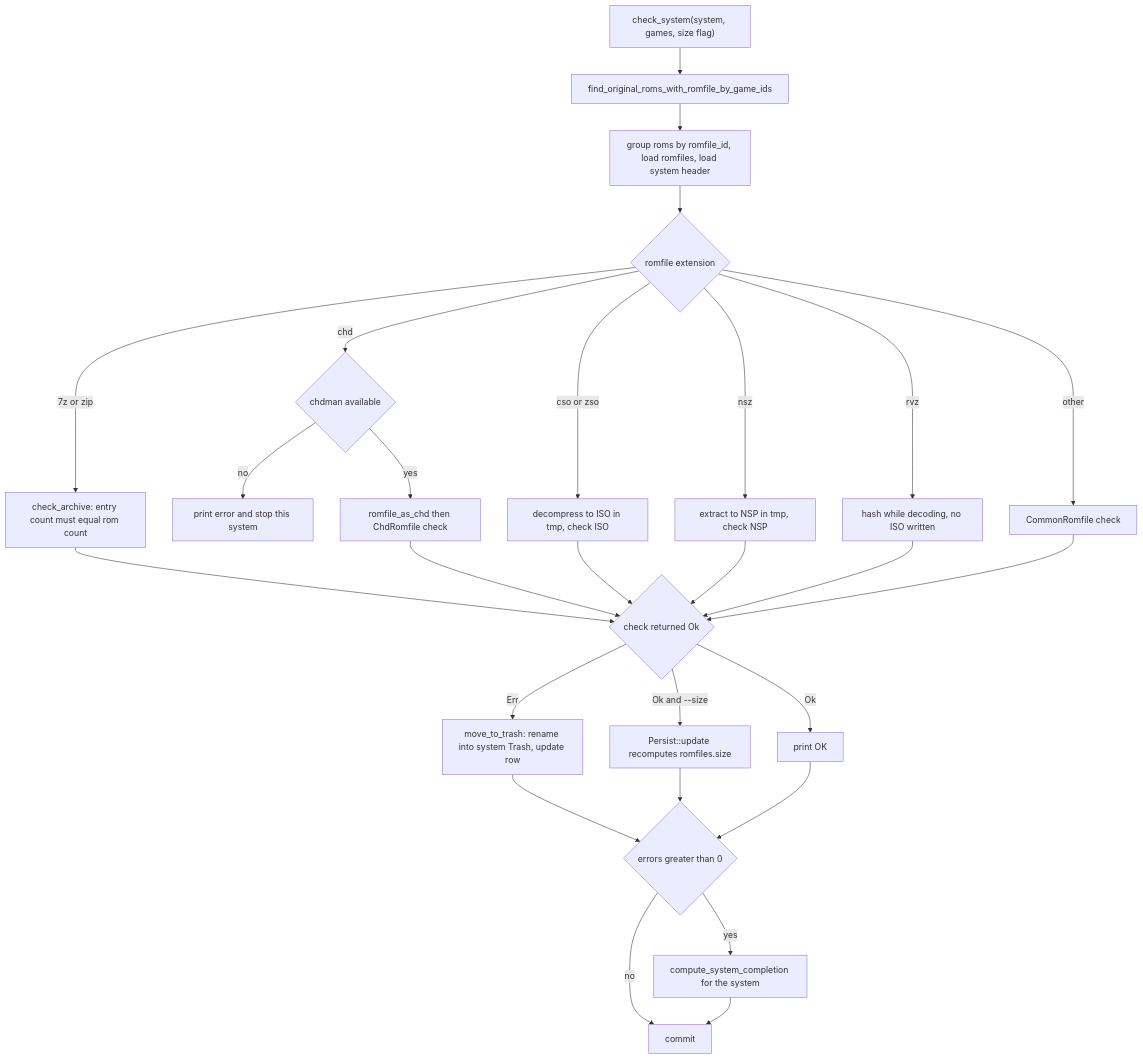
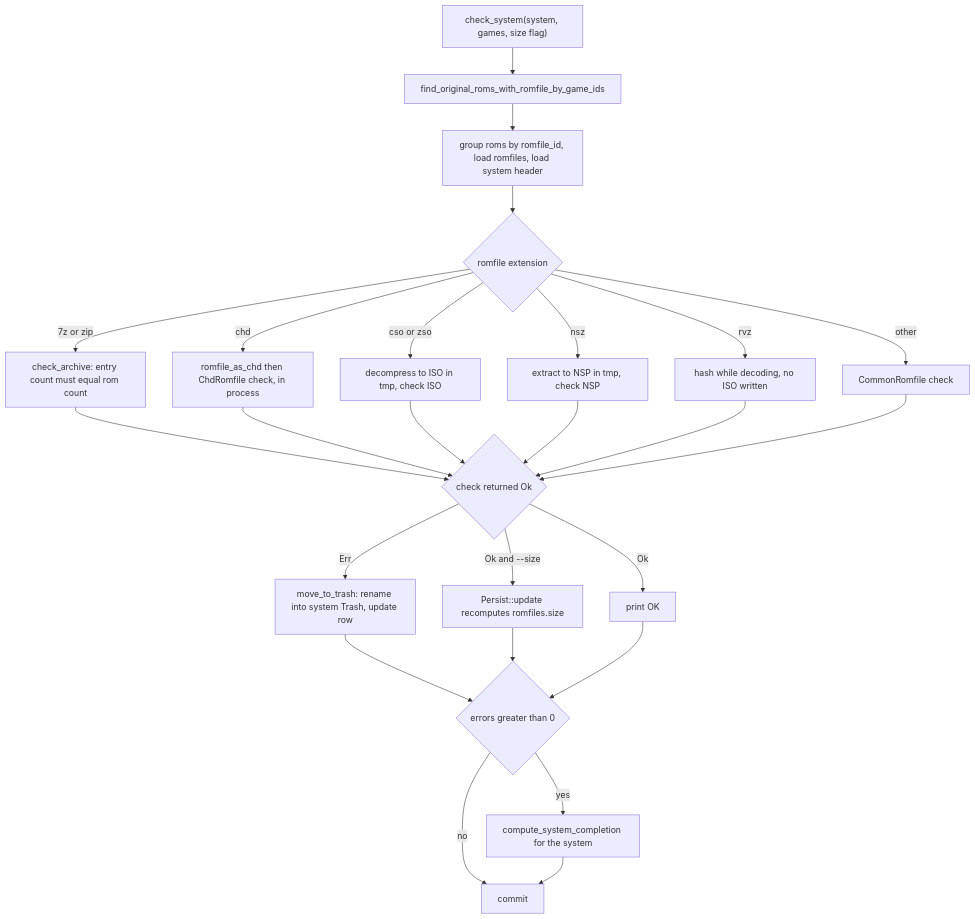
The first of 2 diagrams in openwiki/workflows/integrity-check-and-purge.md (alucryd/oxyromon), drawn with Mermaid before and after one commit. The commit also changed other lines of this file and 69 other files, not shown here.

````diff
--- a/openwiki/workflows/integrity-check-and-purge.md
+++ b/openwiki/workflows/integrity-check-and-purge.md
@@ -143,29 +170,27 @@
 ```mermaid
 flowchart TD
     A["check_system(system, games, size flag)"] --> B["find_original_roms_with_romfile_by_game_ids"]
     B --> C["group roms by romfile_id, load romfiles, load system header"]
     C --> D{"romfile extension"}
     D -->|7z or zip| E["check_archive: entry count must equal rom count"]
-    D -->|chd| F{"chdman available"}
-    F -->|no| G["print error and stop this system"]
-    F -->|yes| H["romfile_as_chd then ChdRomfile check"]
+    D -->|chd| F["romfile_as_chd then ChdRomfile check, in process"]
     D -->|cso or zso| I["decompress to ISO in tmp, check ISO"]
     D -->|nsz| J["extract to NSP in tmp, check NSP"]
     D -->|rvz| K["hash while decoding, no ISO written"]
     D -->|other| L["CommonRomfile check"]
     E --> M{"check returned Ok"}
-    H --> M
+    F --> M
     I --> M
     J --> M
     K --> M
     L --> M
     M -->|Err| N["move_to_trash: rename into system Trash, update row"]
     M -->|"Ok and --size"| O["Persist::update recomputes romfiles.size"]
     M -->|Ok| P["print OK"]
     N --> Q{"errors greater than 0"}
     O --> Q
     P --> Q
     Q -->|yes| R["compute_system_completion for the system"]
     Q -->|no| S["commit"]
     R --> S
 ```
````
